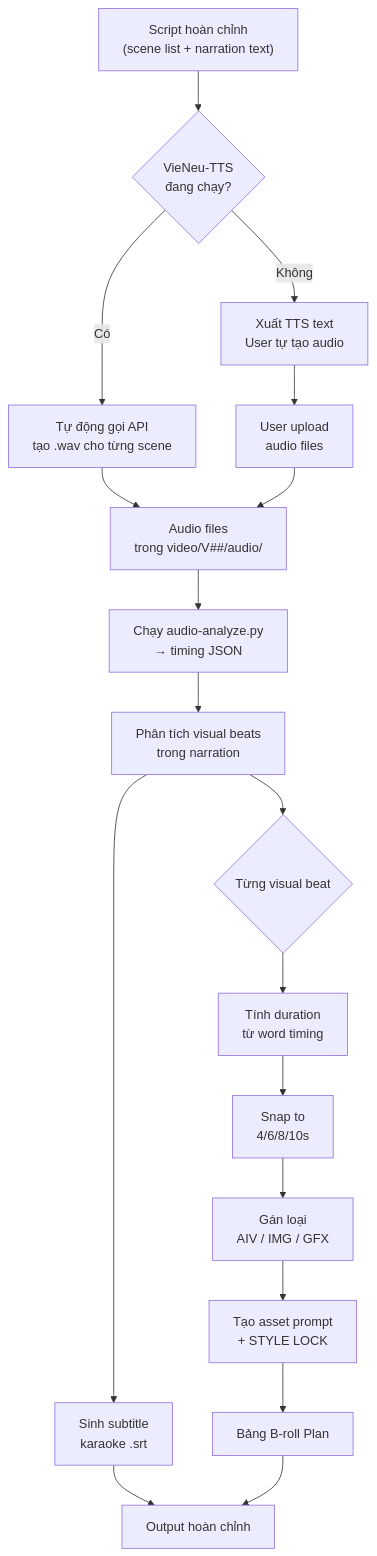
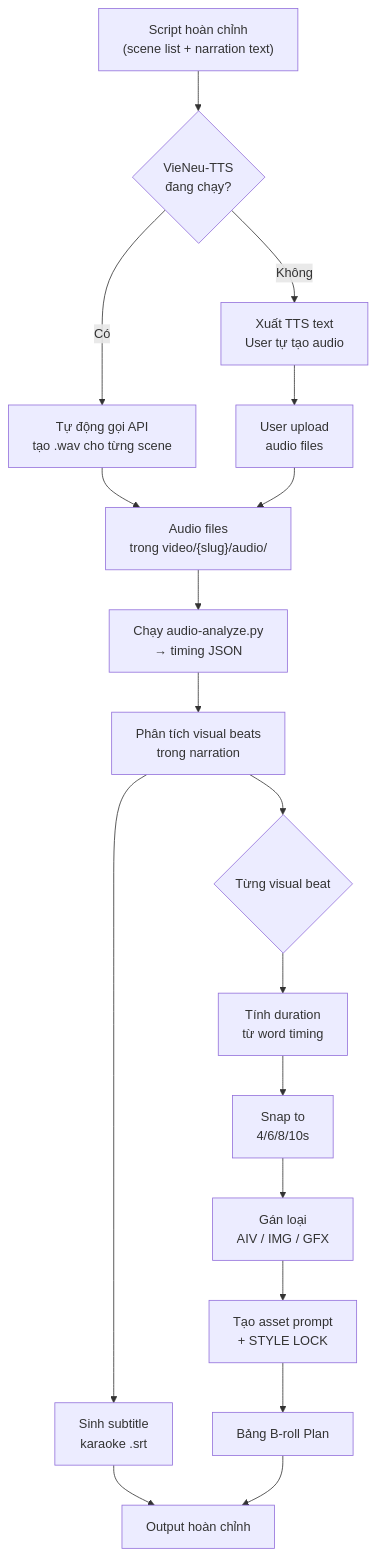
The first of 2 diagrams in docs/plan-video-director-skill.md (tuanlee-tech/director-studio), drawn with Mermaid before and after one commit. The commit also changed other lines of this file, not shown here.

Commit message:
docs: update plan with slug-based video folders and cheatcode api layer

````diff
--- a/docs/plan-video-director-skill.md
+++ b/docs/plan-video-director-skill.md
@@ -399,20 +399,20 @@
 ```mermaid
 flowchart TD
     A["Script hoàn chỉnh<br>(scene list + narration text)"] --> B{"VieNeu-TTS<br>đang chạy?"}
     B -->|Có| C["Tự động gọi API<br>tạo .wav cho từng scene"]
     B -->|Không| D["Xuất TTS text<br>User tự tạo audio"]
     D --> E["User upload<br>audio files"]
-    C --> F["Audio files<br>trong video/V##/audio/"]
+    C --> F["Audio files<br>trong video/{slug}/audio/"]
     E --> F
     F --> G["Chạy audio-analyze.py<br>→ timing JSON"]
     G --> H["Phân tích visual beats<br>trong narration"]
     H --> I{"Từng visual beat"}
     I --> J["Tính duration<br>từ word timing"]
     J --> K["Snap to<br>4/6/8/10s"]
     K --> L["Gán loại<br>AIV / IMG / GFX"]
     L --> M["Tạo asset prompt<br>+ STYLE LOCK"]
     H --> N["Sinh subtitle<br>karaoke .srt"]
     M --> O["Bảng B-roll Plan"]
     N --> P["Output hoàn chỉnh"]
     O --> P
 ```
````
